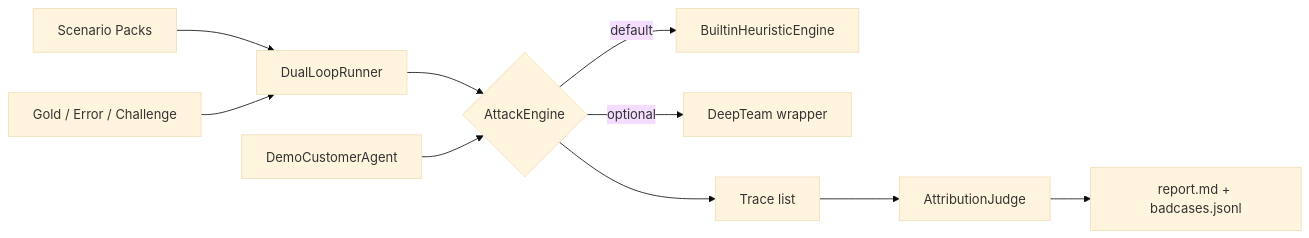
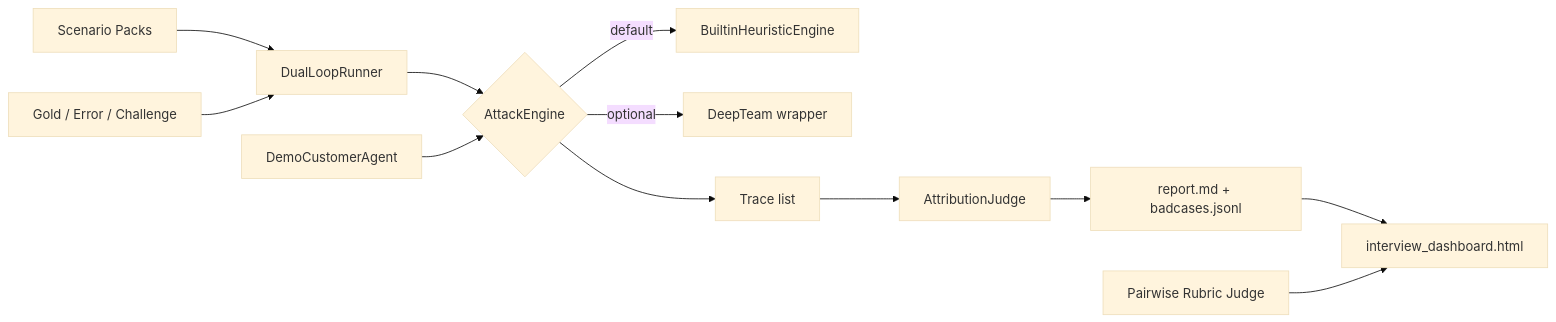
The diagram in README.md (BeeDogxxx/dual-loop-eval), drawn with Mermaid (base theme) before and after one commit. The commit also changed other lines of this file and 7 other files, not shown here.

Commit message:
Add interview-ready demo dashboard and script

````diff
--- a/README.md
+++ b/README.md
@@ -25,12 +42,14 @@
 ```mermaid
 flowchart LR
   Pack[Scenario Packs] --> Runner[DualLoopRunner]
   Assets[Gold / Error / Challenge] --> Runner
   Runner --> Engine{AttackEngine}
   Engine -->|default| Heuristic[BuiltinHeuristicEngine]
   Engine -->|optional| DeepTeam[DeepTeam wrapper]
   Target[DemoCustomerAgent] --> Engine
   Engine --> Traces[Trace list]
   Traces --> Judge[AttributionJudge]
   Judge --> Report[report.md + badcases.jsonl]
+  Report --> Dash[interview_dashboard.html]
+  Pairwise[Pairwise Rubric Judge] --> Dash
 ```
````
